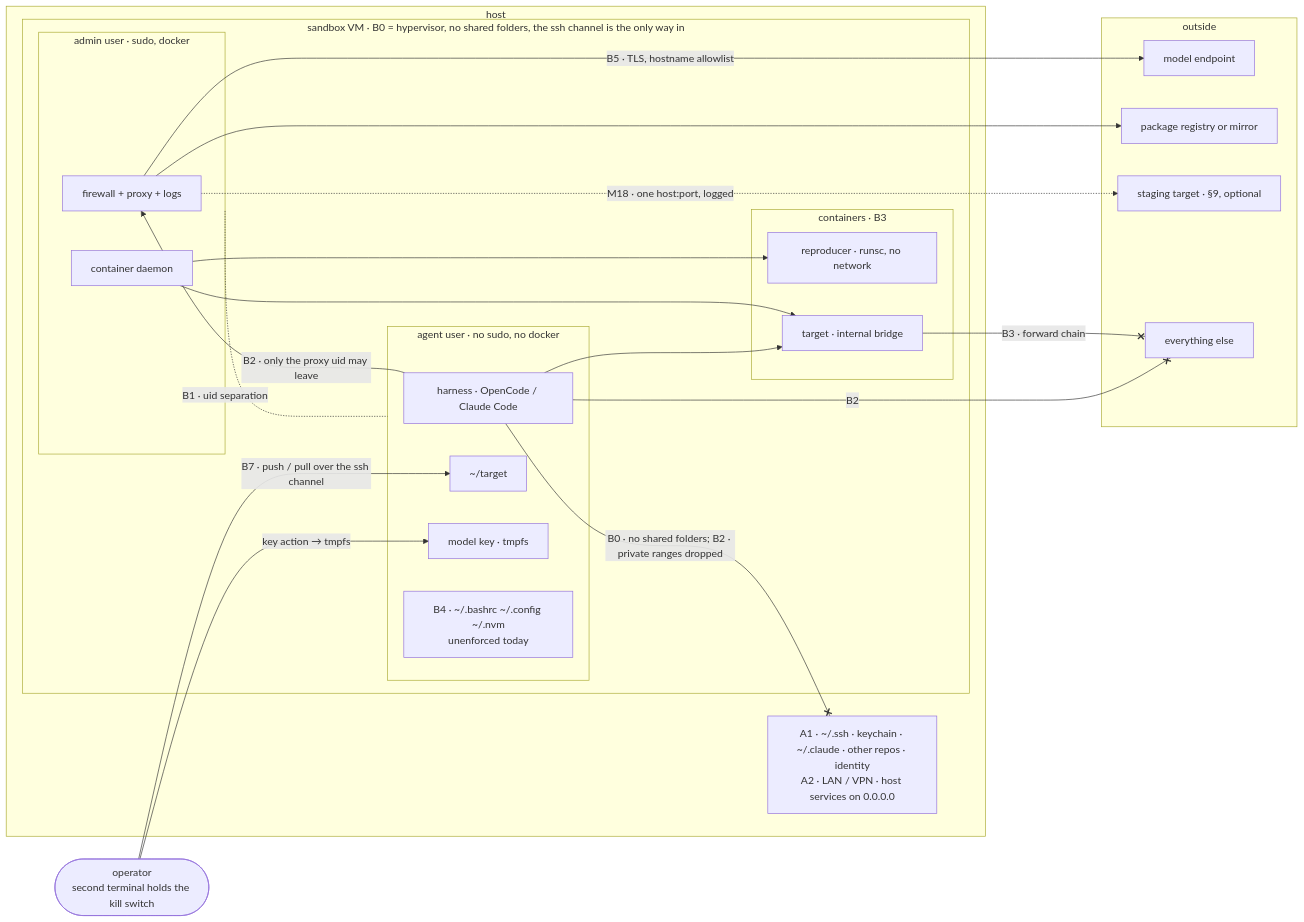
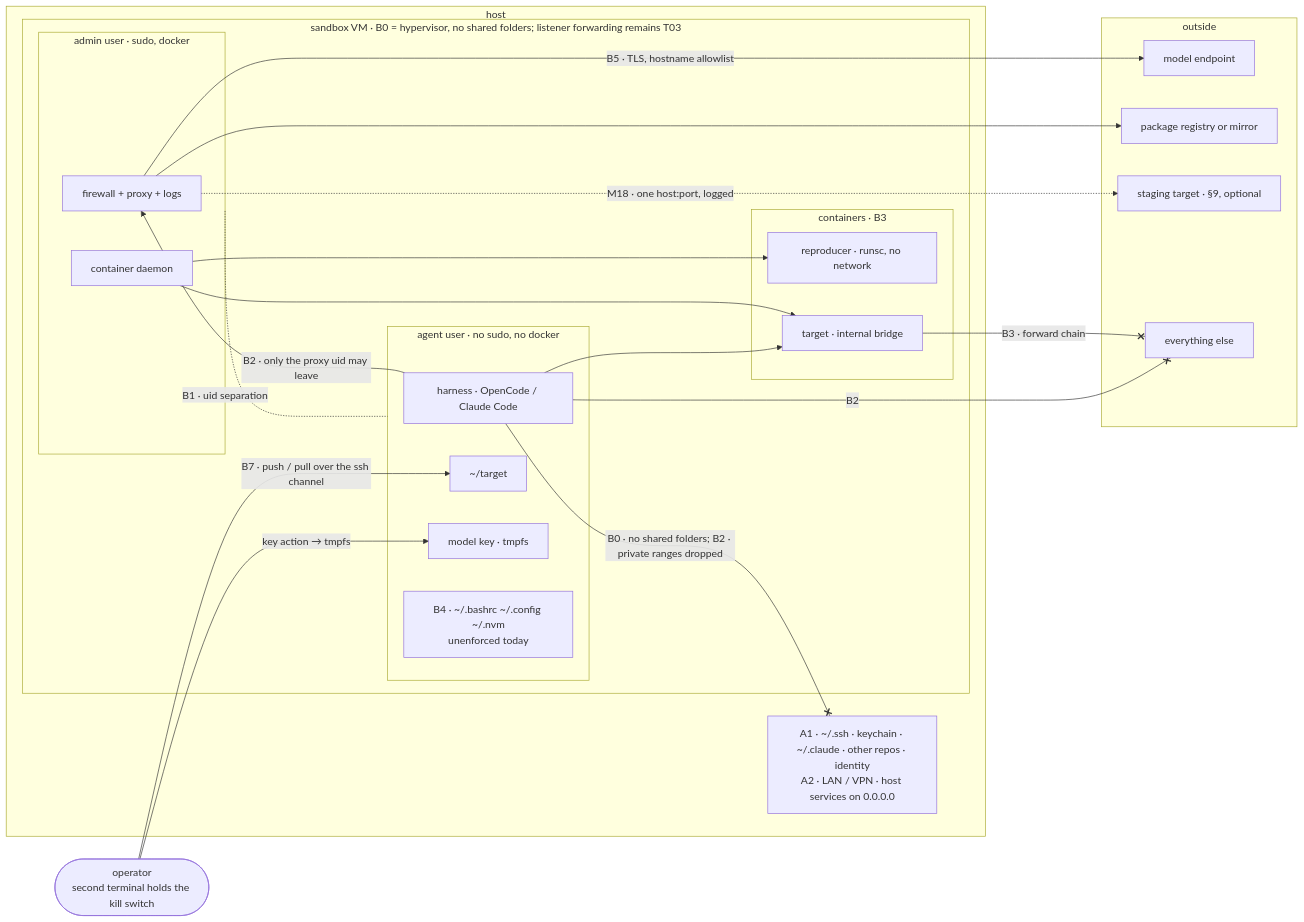
One commit to aai-institute/agentic-appsec-playbook changed the diagram in sandbox/threat-model.md. Above: the diagram before and after it, drawn with Mermaid. The commit also changed other lines of this file and 21 other files, not shown here.

````diff
--- a/sandbox/threat-model.md
+++ b/sandbox/threat-model.md
@@ -102,46 +109,46 @@
 ```mermaid
 flowchart LR
   OP(["operator<br>second terminal holds the kill switch"])
 
   subgraph HOST["host"]
     HA["A1 · ~/.ssh · keychain · ~/.claude · other repos · identity<br>A2 · LAN / VPN · host services on 0.0.0.0"]
 
-    subgraph VM["sandbox VM · B0 = hypervisor, no shared folders, the ssh channel is the only way in"]
+    subgraph VM["sandbox VM · B0 = hypervisor, no shared folders; listener forwarding remains T03"]
       subgraph ADMIN["admin user · sudo, docker"]
         FW["firewall + proxy + logs"]
         DK["container daemon"]
       end
       subgraph AGENT["agent user · no sudo, no docker"]
         HZ["harness · OpenCode / Claude Code"]
         TG["~/target"]
         KEY["model key · tmpfs"]
         CP["B4 · ~/.bashrc ~/.config ~/.nvm<br>unenforced today"]
       end
       subgraph CONT["containers · B3"]
         REP["reproducer · runsc, no network"]
         TGT["target · internal bridge"]
       end
     end
   end
 
   subgraph OUT["outside"]
     EP["model endpoint"]
     REG["package registry or mirror"]
     STG["staging target · §9, optional"]
     INET["everything else"]
   end
 
   OP -- "B7 · push / pull over the ssh channel" --> TG
   OP -- "key action → tmpfs" --> KEY
   ADMIN -. "B1 · uid separation" .- AGENT
   HZ -- "B2 · only the proxy uid may leave" --> FW
   FW -- "B5 · TLS, hostname allowlist" --> EP
   FW --> REG
   FW -. "M18 · one host:port, logged" .-> STG
   HZ -- "B0 · no shared folders; B2 · private ranges dropped" --x HA
   HZ -- "B2" --x INET
   TGT -- "B3 · forward chain" --x INET
   HZ --> TGT
   DK --> REP
   DK --> TGT
 ```
````
